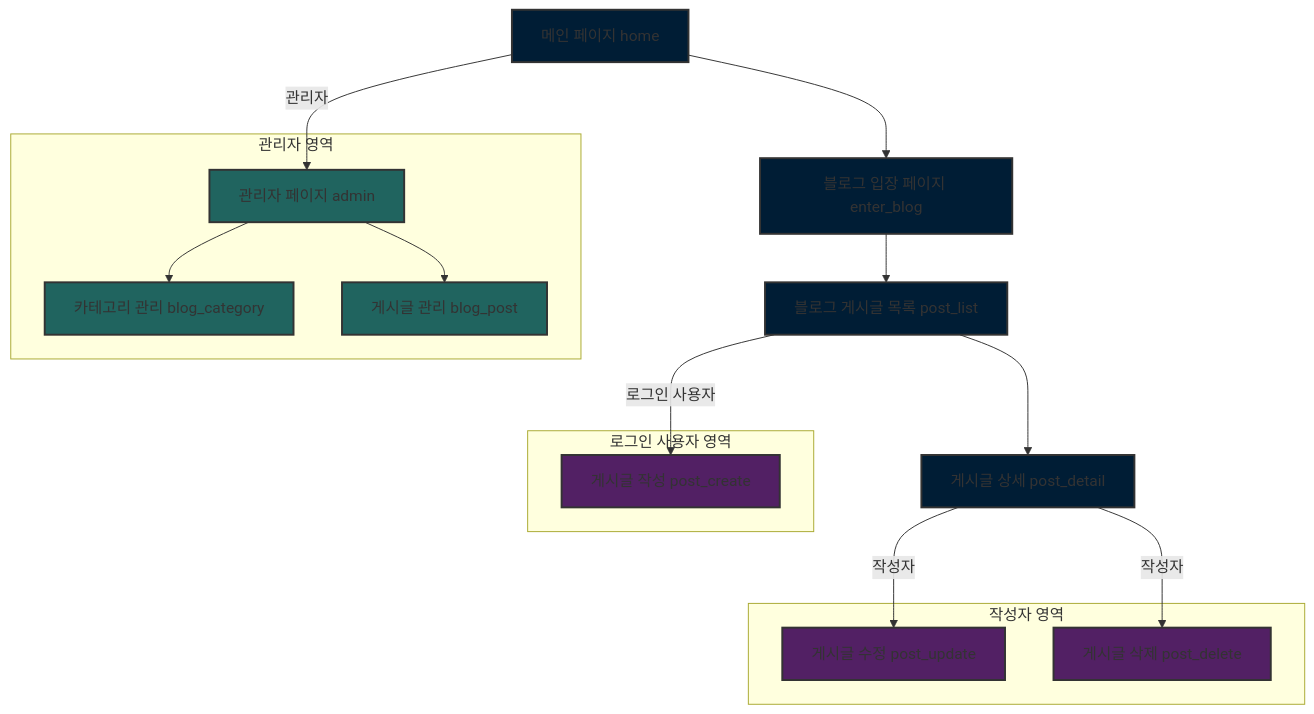
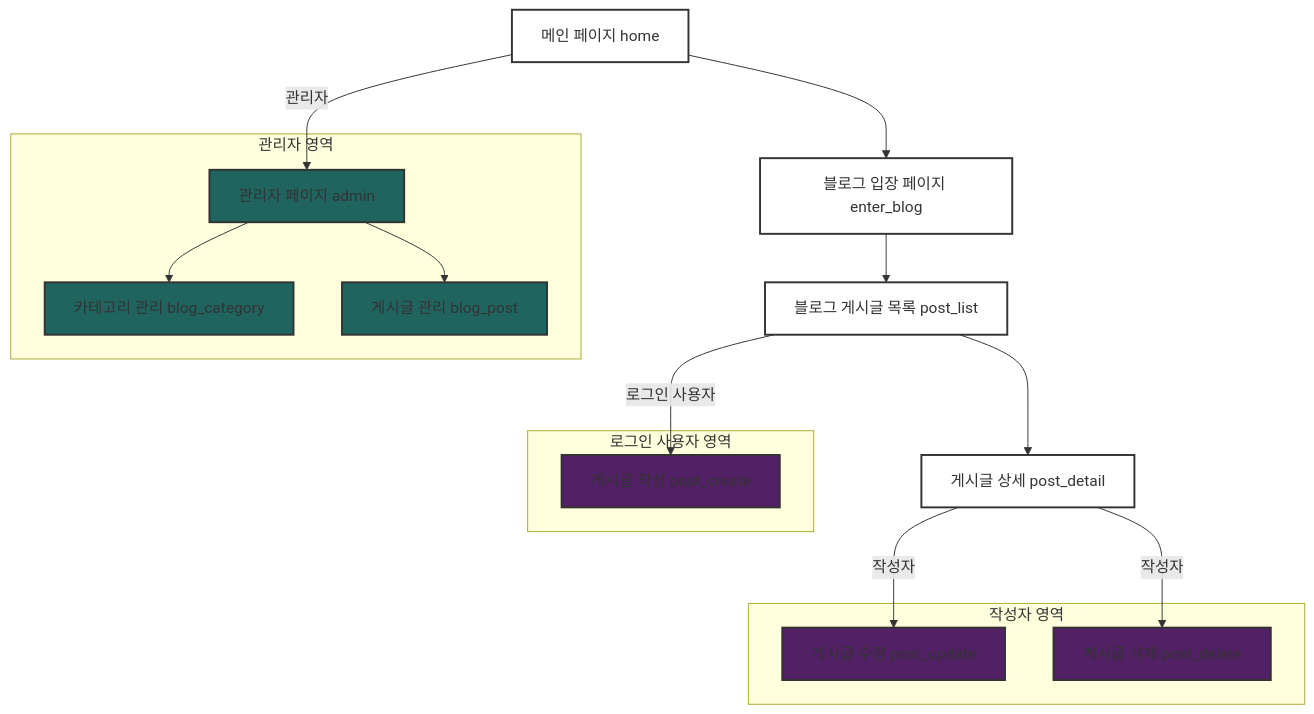
The second of 3 diagrams in README.md (heeeee-github/travel_blog), drawn with Mermaid before and after one commit. The commit also changed other lines of this file and 38 other files, not shown here.

````diff
--- a/README.md
+++ b/README.md
@@ -123,33 +131,33 @@
 ```mermaid
 graph TD
     A[메인 페이지 home] --> B[블로그 입장 페이지 enter_blog]
     B --> C[블로그 게시글 목록 post_list]
     C --> D[게시글 상세 post_detail]
     C --> |로그인 사용자|E[게시글 작성 post_create]
     D --> |작성자|F[게시글 수정 post_update]
     D --> |작성자|G[게시글 삭제 post_delete]
     A --> |관리자|H[관리자 페이지 admin]
     H --> I[카테고리 관리 blog_category]
     H --> J[게시글 관리 blog_post]
 
     subgraph 로그인 사용자 영역
         E
     end
 
     subgraph 작성자 영역
         F
         G
     end
 
     subgraph 관리자 영역
         H
         I
         J
     end
 
-    classDef default fill:#001d35,stroke:#333,stroke-width:2px;
+    classDef default fill:#ffffff,stroke:#333,stroke-width:2px;
     classDef loggedIn fill:#522064,stroke:#333,stroke-width:2px;
     classDef admin fill:#20645f,stroke:#333,stroke-width:2px;
     class E,F,G loggedIn;
     class H,I,J admin;
 ```
````
